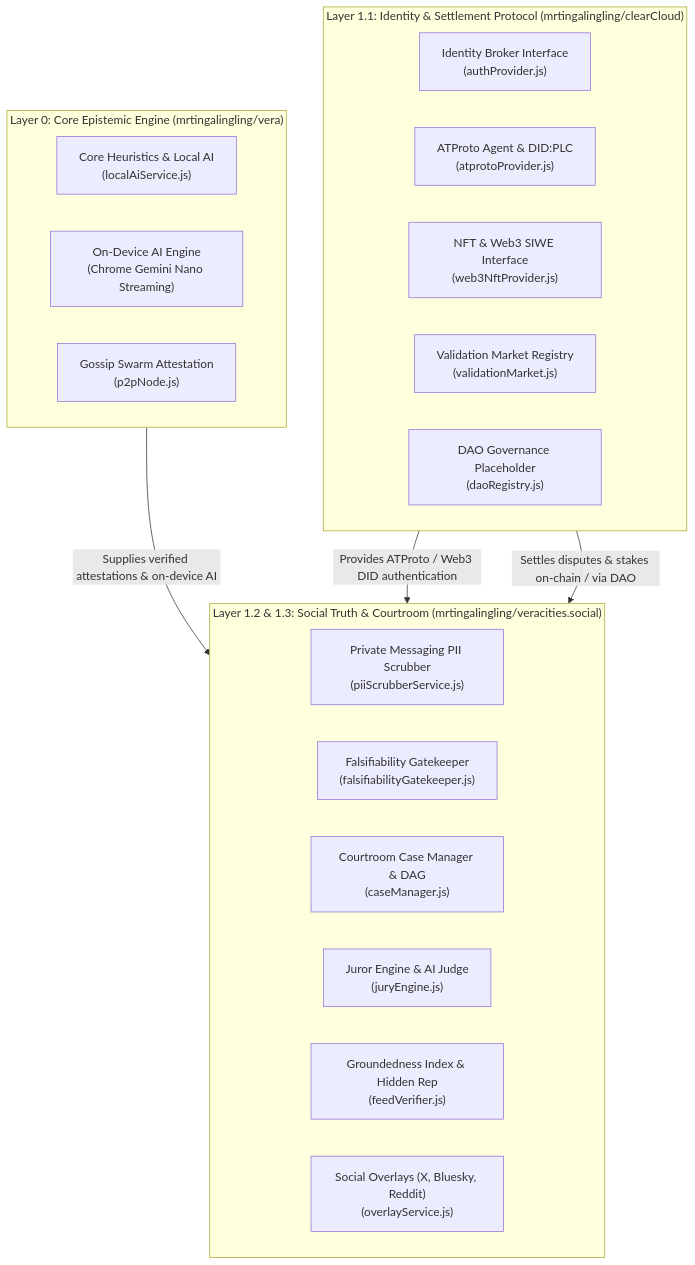
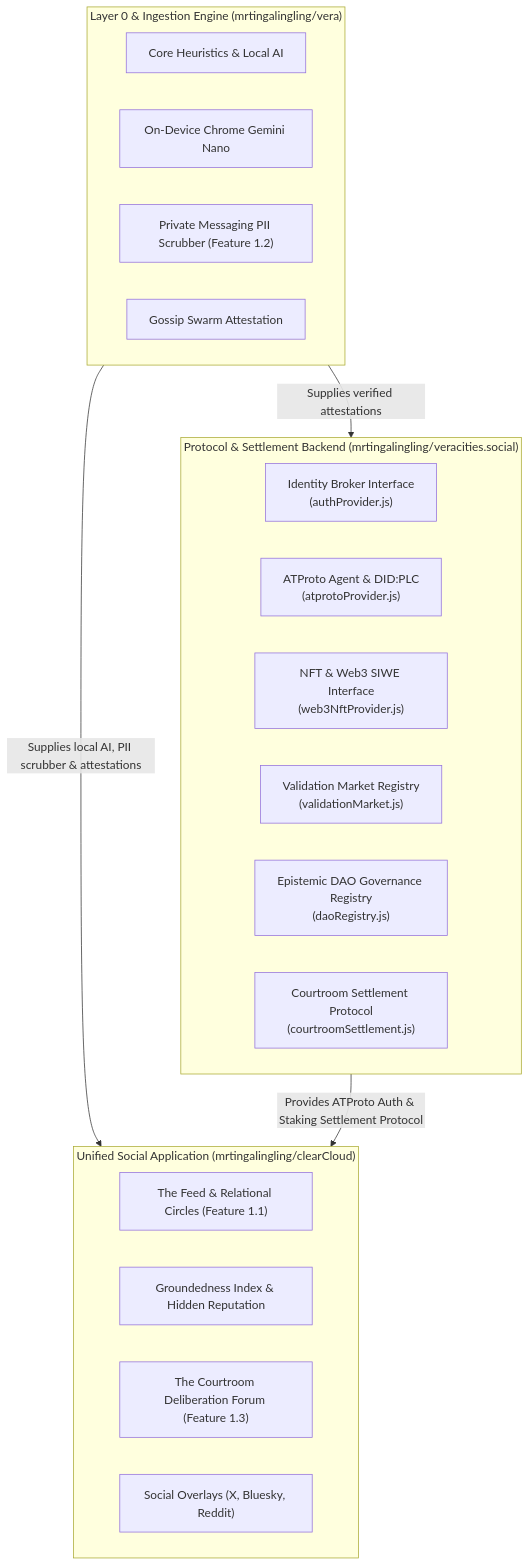
The diagram in docs/architecture.md (mrtingalingling/veracities.social), drawn with Mermaid before and after one commit. The commit also changed other lines of this file and 32 other files, not shown here.

Commit message:
feat: Restructure veracities.social as Protocol & Settlement Backend

````diff
--- a/docs/architecture.md
+++ b/docs/architecture.md
@@ -7,29 +7,29 @@
 ```mermaid
 graph TD
-    subgraph Layer0 ["Layer 0: Core Epistemic Engine (mrtingalingling/vera)"]
-        V_Engine["Core Heuristics & Local AI<br/>(localAiService.js)"]
-        V_Nano["On-Device AI Engine<br/>(Chrome Gemini Nano Streaming)"]
-        V_P2P["Gossip Swarm Attestation<br/>(p2pNode.js)"]
+    subgraph Layer0 ["Layer 0 & Ingestion Engine (mrtingalingling/vera)"]
+        V_Engine["Core Heuristics & Local AI"]
+        V_Nano["On-Device Chrome Gemini Nano"]
+        V_Scrub["Private Messaging PII Scrubber (Feature 1.2)"]
+        V_P2P["Gossip Swarm Attestation"]
     end
 
-    subgraph Layer1_1 ["Layer 1.1: Identity & Settlement Protocol (mrtingalingling/clearCloud)"]
-        C_Auth["Identity Broker Interface<br/>(authProvider.js)"]
-        C_ATProto["ATProto Agent & DID:PLC<br/>(atprotoProvider.js)"]
-        C_Web3["NFT & Web3 SIWE Interface<br/>(web3NftProvider.js)"]
-        C_Market["Validation Market Registry<br/>(validationMarket.js)"]
-        C_DAO["DAO Governance Placeholder<br/>(daoRegistry.js)"]
+    subgraph LayerProtocol ["Protocol & Settlement Backend (mrtingalingling/veracities.social)"]
+        P_Auth["Identity Broker Interface<br/>(authProvider.js)"]
+        P_ATProto["ATProto Agent & DID:PLC<br/>(atprotoProvider.js)"]
+        P_Web3["NFT & Web3 SIWE Interface<br/>(web3NftProvider.js)"]
+        P_Market["Validation Market Registry<br/>(validationMarket.js)"]
+        P_DAO["Epistemic DAO Governance Registry<br/>(daoRegistry.js)"]
+        P_Settle["Courtroom Settlement Protocol<br/>(courtroomSettlement.js)"]
     end
 
-    subgraph Layer1_2_3 ["Layer 1.2 & 1.3: Social Truth & Courtroom (mrtingalingling/veracities.social)"]
-        S_PII["Private Messaging PII Scrubber<br/>(piiScrubberService.js)"]
-        S_Gate["Falsifiability Gatekeeper<br/>(falsifiabilityGatekeeper.js)"]
-        S_Court["Courtroom Case Manager & DAG<br/>(caseManager.js)"]
-        S_Jury["Juror Engine & AI Judge<br/>(juryEngine.js)"]
-        S_Feed["Groundedness Index & Hidden Rep<br/>(feedVerifier.js)"]
-        S_Overlay["Social Overlays (X, Bluesky, Reddit)<br/>(overlayService.js)"]
+    subgraph LayerApp ["Unified Social Application (mrtingalingling/clearCloud)"]
+        A_Feed["The Feed & Relational Circles (Feature 1.1)"]
+        A_Grounded["Groundedness Index & Hidden Reputation"]
+        A_Court["The Courtroom Deliberation Forum (Feature 1.3)"]
+        A_Overlay["Social Overlays (X, Bluesky, Reddit)"]
     end
 
-    Layer0 -->|"Supplies verified attestations & on-device AI"| Layer1_2_3
-    Layer1_1 -->|"Provides ATProto / Web3 DID authentication"| Layer1_2_3
-    Layer1_1 -->|"Settles disputes & stakes on-chain / via DAO"| Layer1_2_3
+    Layer0 -->|"Supplies local AI, PII scrubber & attestations"| LayerApp
+    Layer0 -->|"Supplies verified attestations"| LayerProtocol
+    LayerProtocol -->|"Provides ATProto Auth & Staking Settlement Protocol"| LayerApp
 ```
````
